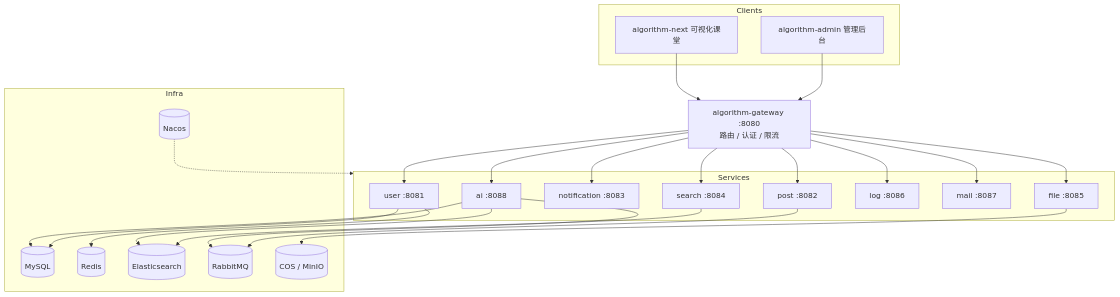
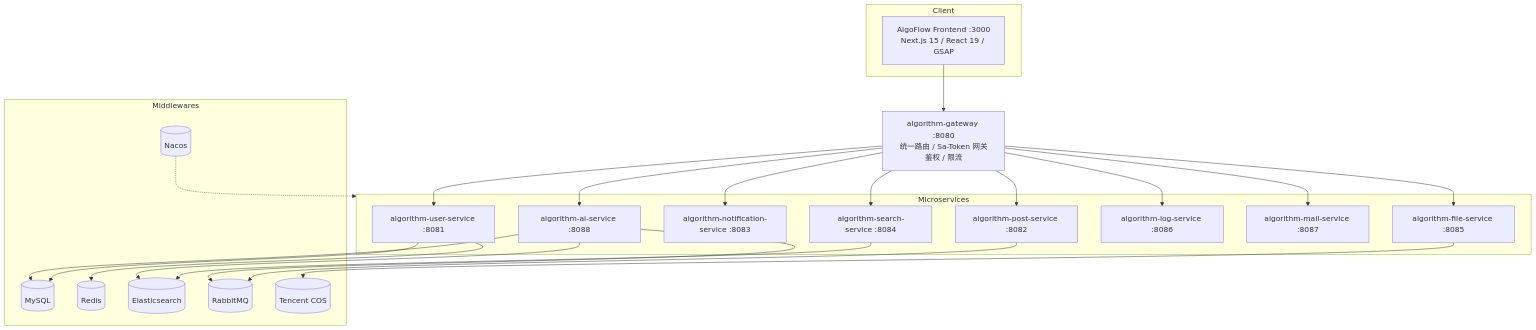
The diagram in backend/README.md (StephenQiu30/algoflow), drawn with Mermaid before and after one commit. The commit also changed other lines of this file and 61 other files, not shown here.

Commit message:
refactor(spec): 全面清理历史项目命名与描述信息，统一为 AlgoFlow

````diff
--- a/backend/README.md
+++ b/backend/README.md
@@ -36,50 +25,48 @@
 ```mermaid
 flowchart TB
-    subgraph Clients
-        NEXT[algorithm-next 可视化课堂]
-        ADMIN[algorithm-admin 管理后台]
+    subgraph Client
+        FE[AlgoFlow Frontend :3000<br/>Next.js 15 / React 19 / GSAP]
     end
 
-    GW[algorithm-gateway :8080<br/>路由 / 认证 / 限流]
+    GW[algorithm-gateway :8080<br/>统一路由 / Sa-Token 网关鉴权 / 限流]
 
-    subgraph Services
-        USER[user :8081]
-        POST[post :8082]
-        NOTIFY[notification :8083]
-        SEARCH[search :8084]
-        FILE[file :8085]
-        LOG[log :8086]
-        MAIL[mail :8087]
-        AI[ai :8088]
+    subgraph Microservices
+        USER[algorithm-user-service :8081]
+        POST[algorithm-post-service :8082]
+        NOTIFY[algorithm-notification-service :8083]
+        SEARCH[algorithm-search-service :8084]
+        FILE[algorithm-file-service :8085]
+        LOG[algorithm-log-service :8086]
+        MAIL[algorithm-mail-service :8087]
+        AI[algorithm-ai-service :8088]
     end
 
-    subgraph Infra
+    subgraph Middlewares
         NACOS[(Nacos)]
         MYSQL[(MySQL)]
         REDIS[(Redis)]
         ES[(Elasticsearch)]
         MQ[(RabbitMQ)]
-        COS[(COS / MinIO)]
+        COS[(Tencent COS)]
     end
 
-    NEXT --> GW
-    ADMIN --> GW
+    FE --> GW
     GW --> USER
     GW --> POST
     GW --> NOTIFY
     GW --> SEARCH
     GW --> FILE
     GW --> LOG
     GW --> MAIL
     GW --> AI
 
     AI --> ES
     AI --> MYSQL
     AI --> MQ
     SEARCH --> ES
     USER --> MYSQL
     USER --> REDIS
     POST --> MQ
     FILE --> COS
-    NACOS -.-> Services
+    NACOS -.-> Microservices
 ```
````
